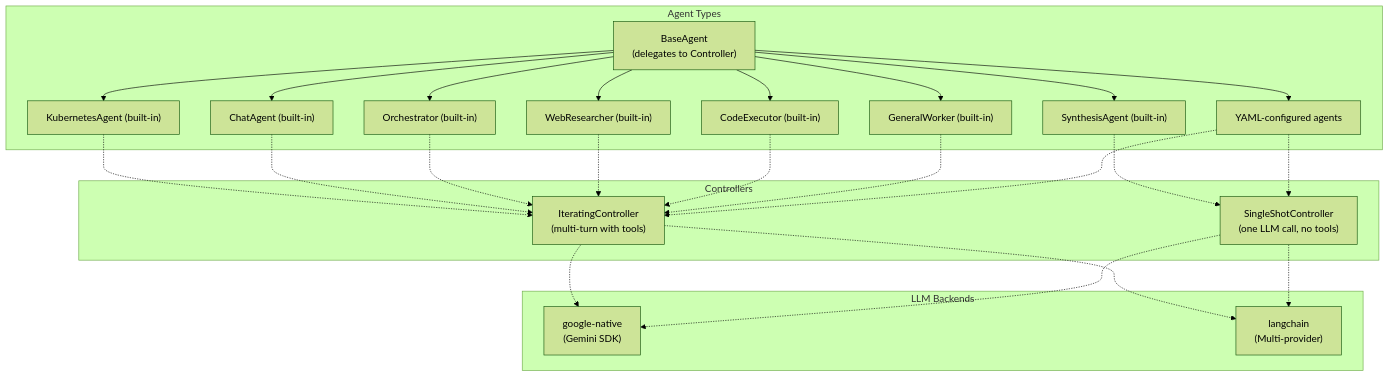
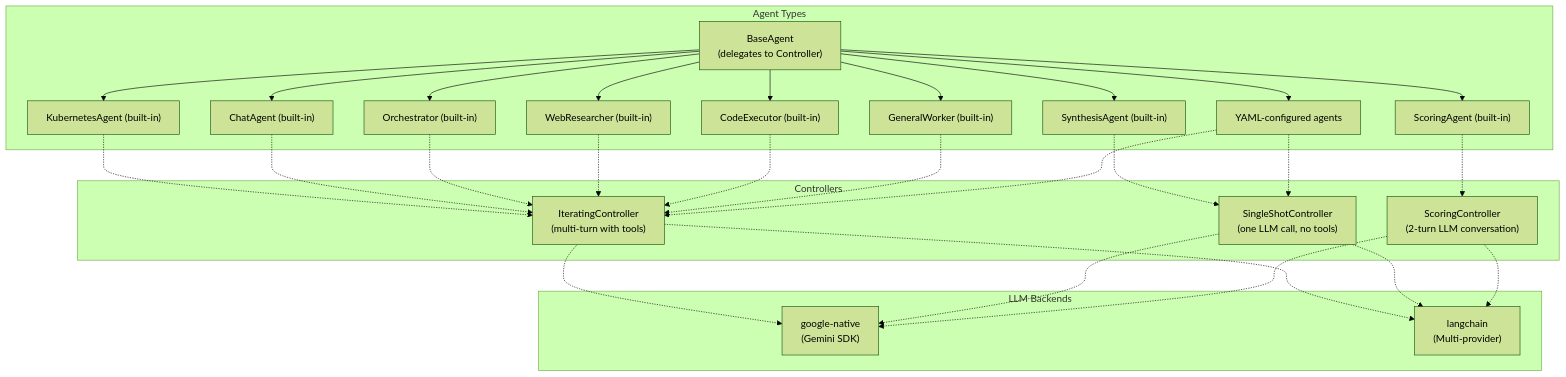
The fourth of 9 diagrams in docs/functional-areas-design.md (fbm3307/tarsy), drawn with Mermaid (forest theme) before and after one commit. The commit also changed other lines of this file and 39 other files, not shown here.

````diff
--- a/docs/functional-areas-design.md
+++ b/docs/functional-areas-design.md
@@ -367,48 +367,54 @@
 ```mermaid
 graph TB
     subgraph agentTypes [Agent Types]
         BA["BaseAgent<br/>(delegates to Controller)"]
         KA["KubernetesAgent (built-in)"]
         SA["SynthesisAgent (built-in)"]
         CA["ChatAgent (built-in)"]
         OA["Orchestrator (built-in)"]
         WR["WebResearcher (built-in)"]
         CE["CodeExecutor (built-in)"]
         GW["GeneralWorker (built-in)"]
+        ScA["ScoringAgent (built-in)"]
         YA["YAML-configured agents"]
     end
 
     subgraph controllers [Controllers]
         FC["IteratingController<br/>(multi-turn with tools)"]
         SC["SingleShotController<br/>(one LLM call, no tools)"]
+        SCC["ScoringController<br/>(2-turn LLM conversation)"]
     end
 
     subgraph backends [LLM Backends]
         GN["google-native<br/>(Gemini SDK)"]
         LC["langchain<br/>(Multi-provider)"]
     end
 
     BA --> KA
     BA --> SA
     BA --> CA
     BA --> OA
     BA --> WR
     BA --> CE
     BA --> GW
+    BA --> ScA
     BA --> YA
 
     KA -.-> FC
     CA -.-> FC
     OA -.-> FC
     WR -.-> FC
     CE -.-> FC
     GW -.-> FC
     SA -.-> SC
+    ScA -.-> SCC
     YA -.-> FC
     YA -.-> SC
 
     FC -.-> GN
     FC -.-> LC
     SC -.-> GN
     SC -.-> LC
+    SCC -.-> GN
+    SCC -.-> LC
 ```
````
